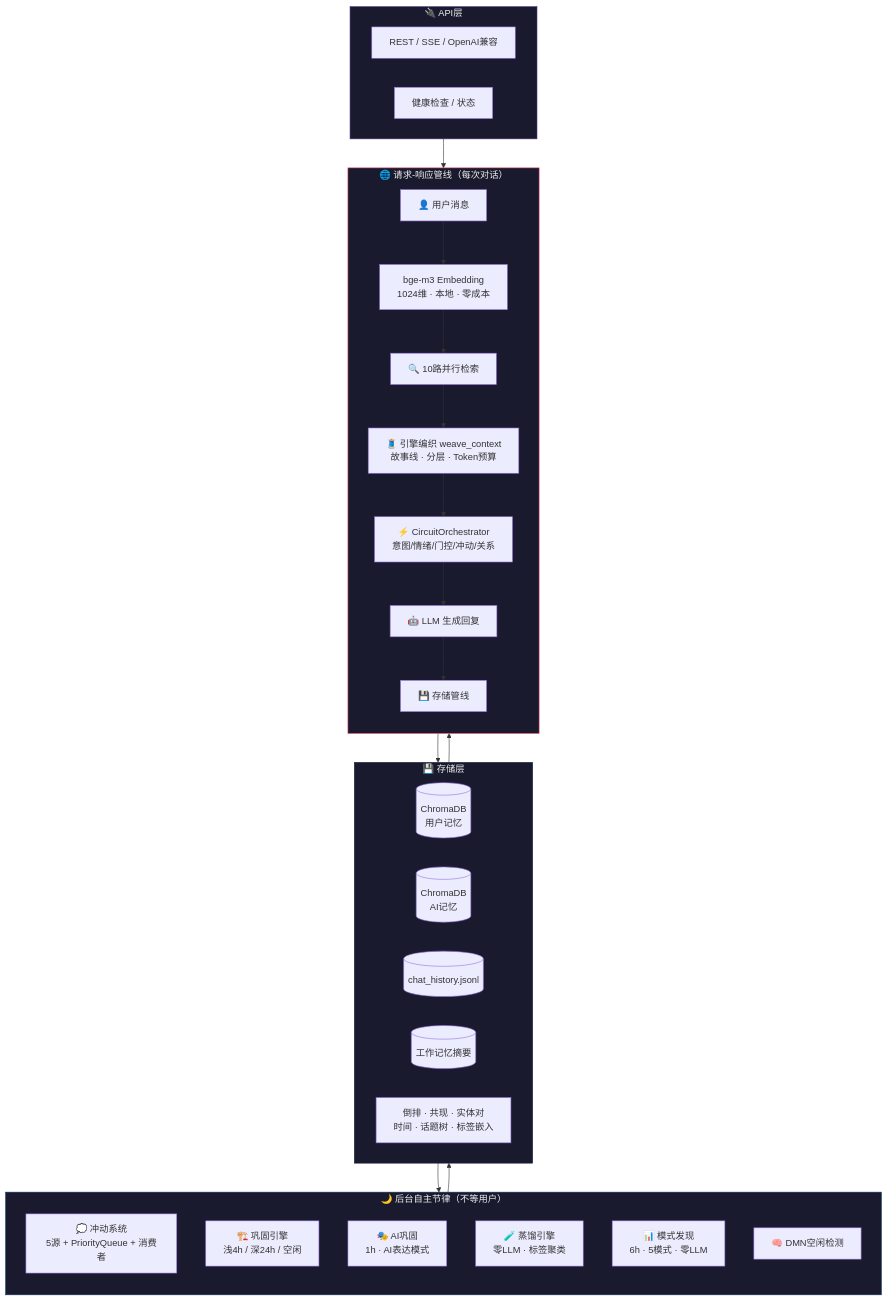
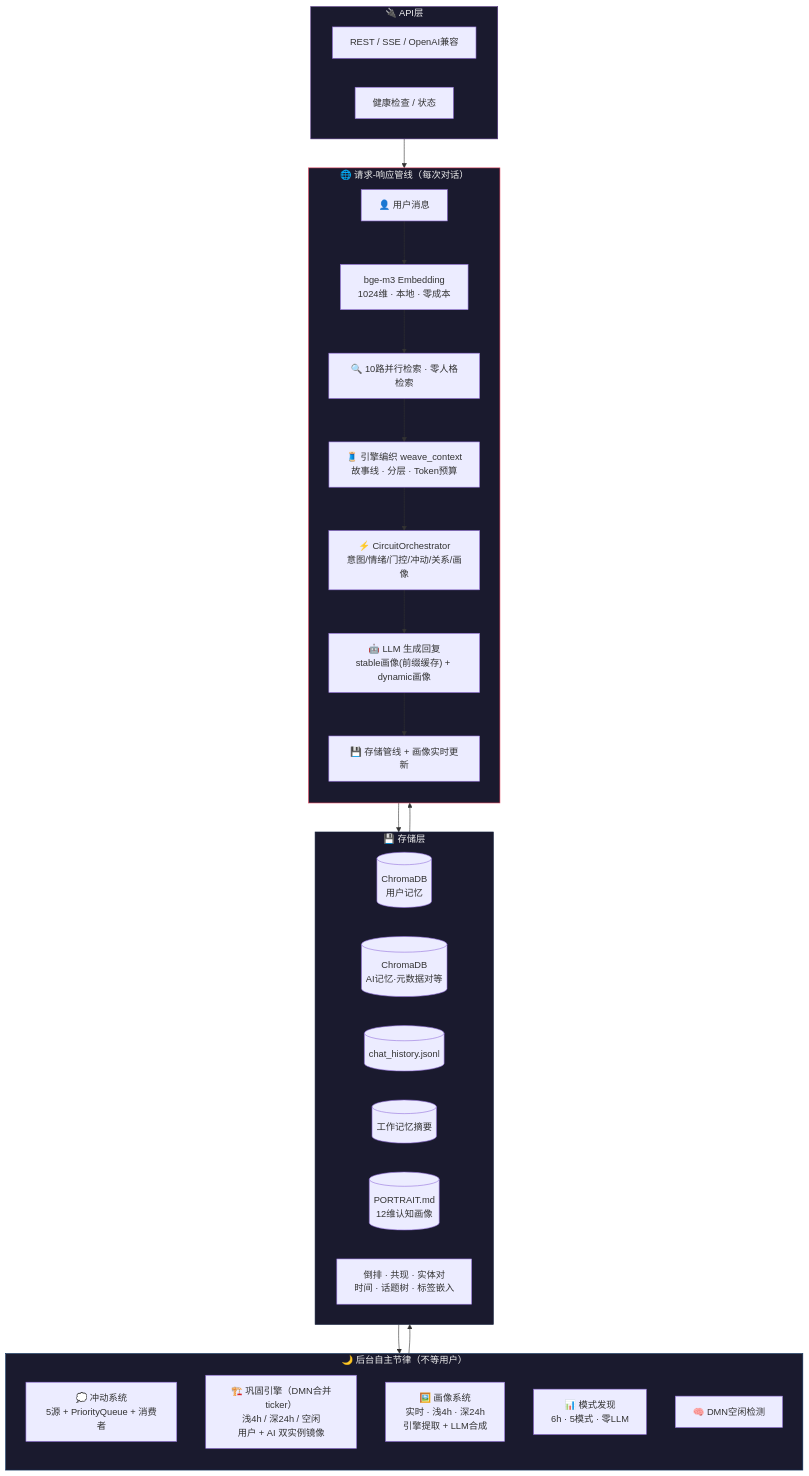
The first of 11 diagrams in ARCHITECTURE_DIAGRAM.md (834063245-creator/-First-beat.CH-MemorySystem), drawn with Mermaid before and after one commit. The commit also changed other lines of this file and 4 other files, not shown here.

````diff
--- a/ARCHITECTURE_DIAGRAM.md
+++ b/ARCHITECTURE_DIAGRAM.md
@@ -10,48 +10,48 @@
 ```mermaid
 flowchart TB
     subgraph ONLINE["🌐 请求-响应管线（每次对话）"]
         direction TB
         USER["👤 用户消息"]
         EMBED["bge-m3 Embedding<br/>1024维 · 本地 · 零成本"]
-        RETRIEVE["🔍 10路并行检索"]
+        RETRIEVE["🔍 10路并行检索 · 零人格检索"]
         WEAVE["🧵 引擎编织 weave_context<br/>故事线 · 分层 · Token预算"]
-        CIRCUIT["⚡ CircuitOrchestrator<br/>意图/情绪/门控/冲动/关系"]
-        LLM_GEN["🤖 LLM 生成回复"]
-        STORE["💾 存储管线"]
+        CIRCUIT["⚡ CircuitOrchestrator<br/>意图/情绪/门控/冲动/关系/画像"]
+        LLM_GEN["🤖 LLM 生成回复<br/>stable画像(前缀缓存) + dynamic画像"]
+        STORE["💾 存储管线 + 画像实时更新"]
         USER --> EMBED --> RETRIEVE --> WEAVE --> CIRCUIT --> LLM_GEN --> STORE
     end
 
     subgraph OFFLINE["🌙 后台自主节律（不等用户）"]
         direction TB
         IMPULSE["💭 冲动系统<br/>5源 + PriorityQueue + 消费者"]
-        CONSOL["🏗️ 巩固引擎<br/>浅4h / 深24h / 空闲"]
-        AI_CONSOL["🎭 AI巩固<br/>1h · AI表达模式"]
-        DISTILL["🧪 蒸馏引擎<br/>零LLM · 标签聚类"]
+        CONSOL["🏗️ 巩固引擎（DMN合并ticker）<br/>浅4h / 深24h / 空闲<br/>用户 + AI 双实例镜像"]
+        PORTRAIT_BG["🖼️ 画像系统<br/>实时 · 浅4h · 深24h<br/>引擎提取 + LLM合成"]
         PATTERN["📊 模式发现<br/>6h · 5模式 · 零LLM"]
         DMN["🧠 DMN空闲检测"]
     end
 
     subgraph STORAGE_LAYER["💾 存储层"]
         CHROMA[("ChromaDB<br/>用户记忆")]
-        AI_CHROMA[("ChromaDB<br/>AI记忆")]
+        AI_CHROMA[("ChromaDB<br/>AI记忆·元数据对等")]
         CHAT_HISTORY[("chat_history.jsonl")]
         WM[("工作记忆摘要")]
+        PORTRAIT_MD[("PORTRAIT.md<br/>12维认知画像")]
         INDEXES["倒排 · 共现 · 实体对<br/>时间 · 话题树 · 标签嵌入"]
     end
 
     subgraph API_LAYER["🔌 API层"]
         REST["REST / SSE / OpenAI兼容"]
         HEALTH["健康检查 / 状态"]
     end
 
     ONLINE --> STORAGE_LAYER
     OFFLINE --> STORAGE_LAYER
     STORAGE_LAYER --> ONLINE
     STORAGE_LAYER --> OFFLINE
     API_LAYER --> ONLINE
 
     style ONLINE fill:#1a1a2e,stroke:#e94560,color:#eee
     style OFFLINE fill:#1a1a2e,stroke:#0f3460,color:#eee
     style STORAGE_LAYER fill:#1a1a2e,stroke:#16213e,color:#eee
     style API_LAYER fill:#1a1a2e,stroke:#533483,color:#eee
 ```
````
